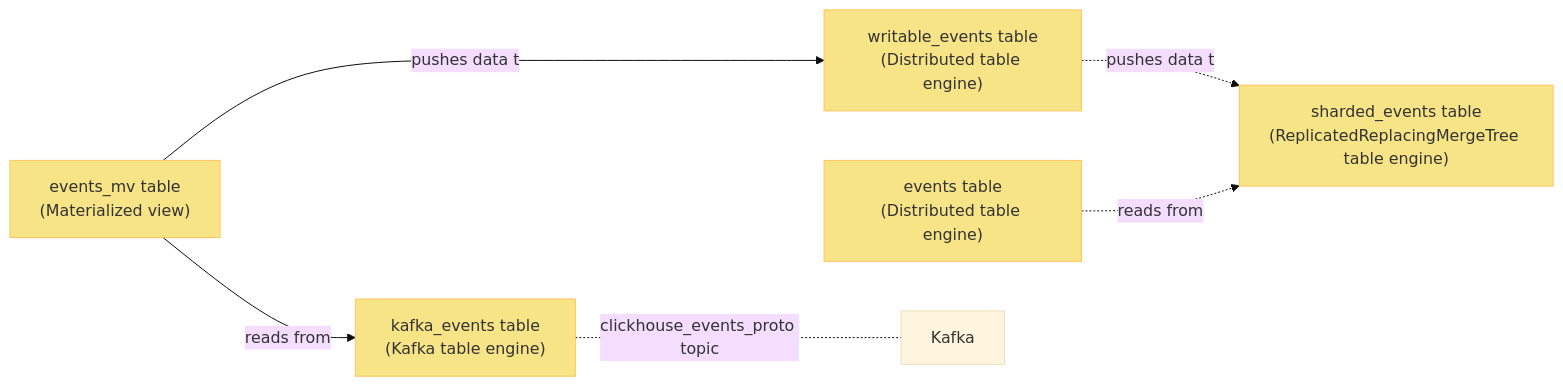
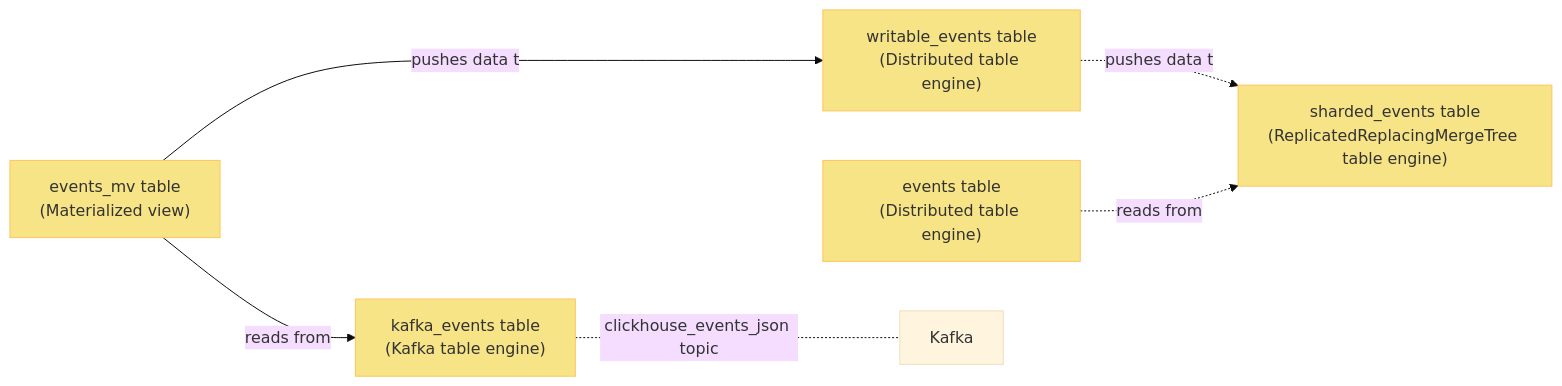
The second of 2 diagrams in contents/docs/how-posthog-works/clickhouse.md (PostHog/posthog.com), drawn with Mermaid (base theme) before and after one commit. The commit also changed other lines of this file and 2 other files, not shown here.

Commit message:
fix review feedback

````diff
--- a/contents/docs/how-posthog-works/clickhouse.md
+++ b/contents/docs/how-posthog-works/clickhouse.md
@@ -47,16 +47,16 @@
 ```mermaid
 flowchart LR
     classDef table fill:#f6e486,stroke:#ffc45d;
     kafka_events["kafka_events table<br/>(Kafka table engine)"]:::table
     eventsmv["events_mv table<br/>(Materialized view)"]:::table
     writable_events["writable_events table</br/>(Distributed table engine)"]:::table
     events["events table</br/>(Distributed table engine)"]:::table
     sharded_events["sharded_events table<br/>(ReplicatedReplacingMergeTree table engine)"]:::table
 
-    kafka_events -.clickhouse_events_proto topic.- Kafka
+    kafka_events -.clickhouse_events_json topic.- Kafka
     eventsmv --reads from--> kafka_events
     eventsmv --pushes data to--> writable_events
     writable_events -.pushes data to.-> sharded_events
 
     events -.reads from.-> sharded_events
 ```
````
